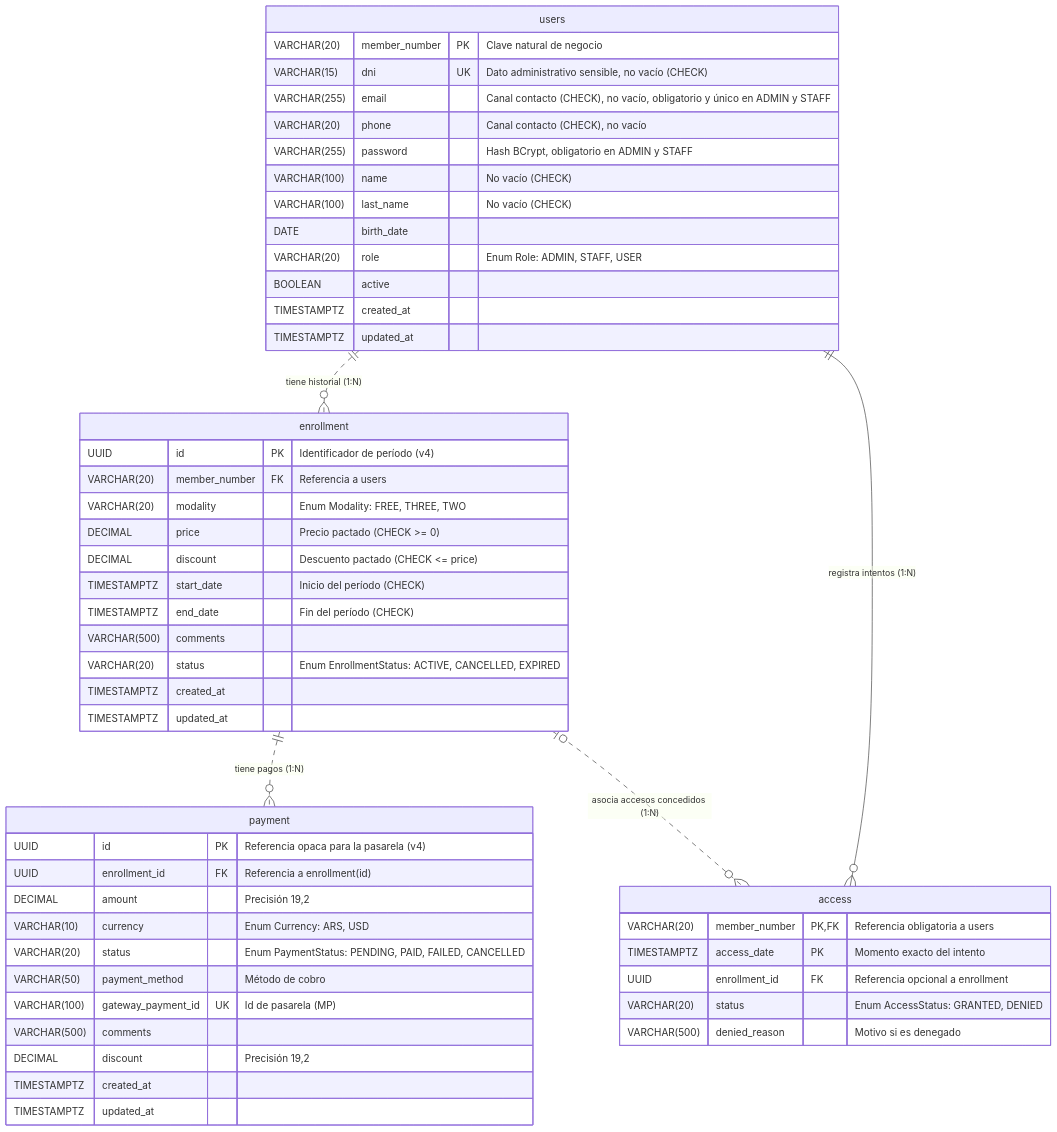
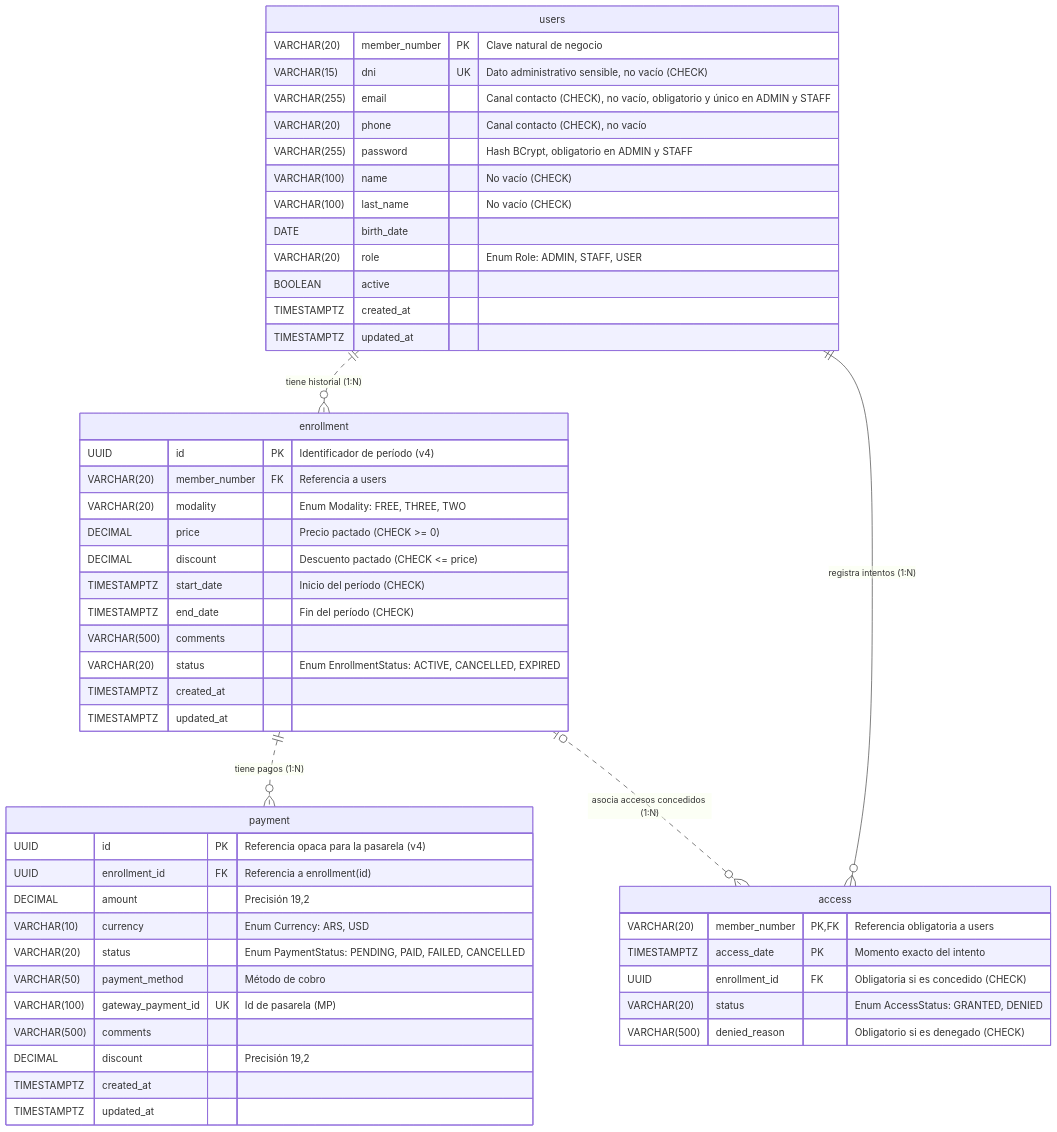
Before and after one commit to santiagovOK/TFI_grupo144: the diagram in docs/entidades.md, drawn with Mermaid. The commit also changed other lines of this file, not shown here.

````diff
--- a/docs/entidades.md
+++ b/docs/entidades.md
@@ -7,54 +7,54 @@
 ```mermaid
 erDiagram
     users {
         VARCHAR(20) member_number PK "Clave natural de negocio"
         VARCHAR(15) dni UK "Dato administrativo sensible, no vacío (CHECK)"
         VARCHAR(255) email "Canal contacto (CHECK), no vacío, obligatorio y único en ADMIN y STAFF"
         VARCHAR(20) phone "Canal contacto (CHECK), no vacío"
         VARCHAR(255) password "Hash BCrypt, obligatorio en ADMIN y STAFF"
         VARCHAR(100) name "No vacío (CHECK)"
         VARCHAR(100) last_name "No vacío (CHECK)"
         DATE birth_date
         VARCHAR(20) role "Enum Role: ADMIN, STAFF, USER"
         BOOLEAN active
         TIMESTAMPTZ created_at
         TIMESTAMPTZ updated_at
     }
     enrollment {
         UUID id PK "Identificador de período (v4)"
         VARCHAR(20) member_number FK "Referencia a users"
         VARCHAR(20) modality "Enum Modality: FREE, THREE, TWO"
         DECIMAL price "Precio pactado (CHECK >= 0)"
         DECIMAL discount "Descuento pactado (CHECK <= price)"
         TIMESTAMPTZ start_date "Inicio del período (CHECK)"
         TIMESTAMPTZ end_date "Fin del período (CHECK)"
         VARCHAR(500) comments
         VARCHAR(20) status "Enum EnrollmentStatus: ACTIVE, CANCELLED, EXPIRED"
         TIMESTAMPTZ created_at
         TIMESTAMPTZ updated_at
     }
     payment {
         UUID id PK "Referencia opaca para la pasarela (v4)"
         UUID enrollment_id FK "Referencia a enrollment(id)"
         DECIMAL amount "Precisión 19,2"
         VARCHAR(10) currency "Enum Currency: ARS, USD"
         VARCHAR(20) status "Enum PaymentStatus: PENDING, PAID, FAILED, CANCELLED"
         VARCHAR(50) payment_method "Método de cobro"
         VARCHAR(100) gateway_payment_id UK "Id de pasarela (MP)"
         VARCHAR(500) comments
         DECIMAL discount "Precisión 19,2"
         TIMESTAMPTZ created_at
         TIMESTAMPTZ updated_at
     }
     access {
         VARCHAR(20) member_number PK,FK "Referencia obligatoria a users"
         TIMESTAMPTZ access_date PK "Momento exacto del intento"
-        UUID enrollment_id FK "Referencia opcional a enrollment"
+        UUID enrollment_id FK "Obligatoria si es concedido (CHECK)"
         VARCHAR(20) status "Enum AccessStatus: GRANTED, DENIED"
-        VARCHAR(500) denied_reason "Motivo si es denegado"
+        VARCHAR(500) denied_reason "Obligatorio si es denegado (CHECK)"
     }
     users ||..o{ enrollment : "tiene historial (1:N)"
     users ||--o{ access : "registra intentos (1:N)"
     enrollment ||..o{ payment : "tiene pagos (1:N)"
     enrollment |o..o{ access : "asocia accesos concedidos (1:N)"
 ```
````
